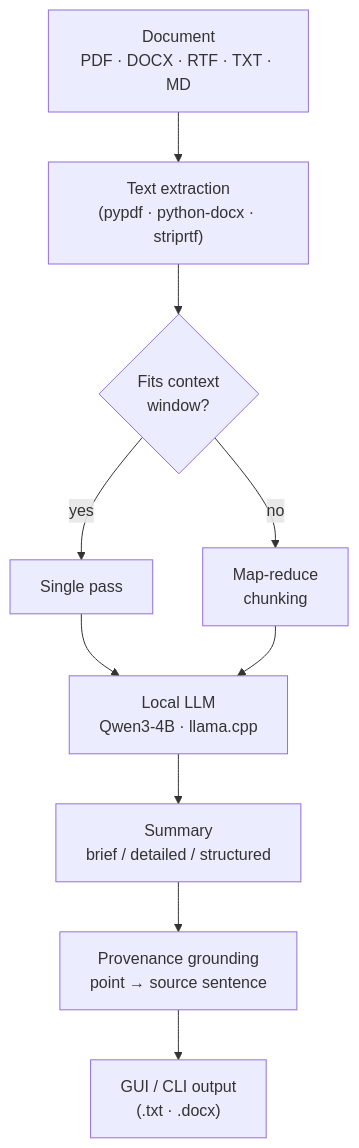
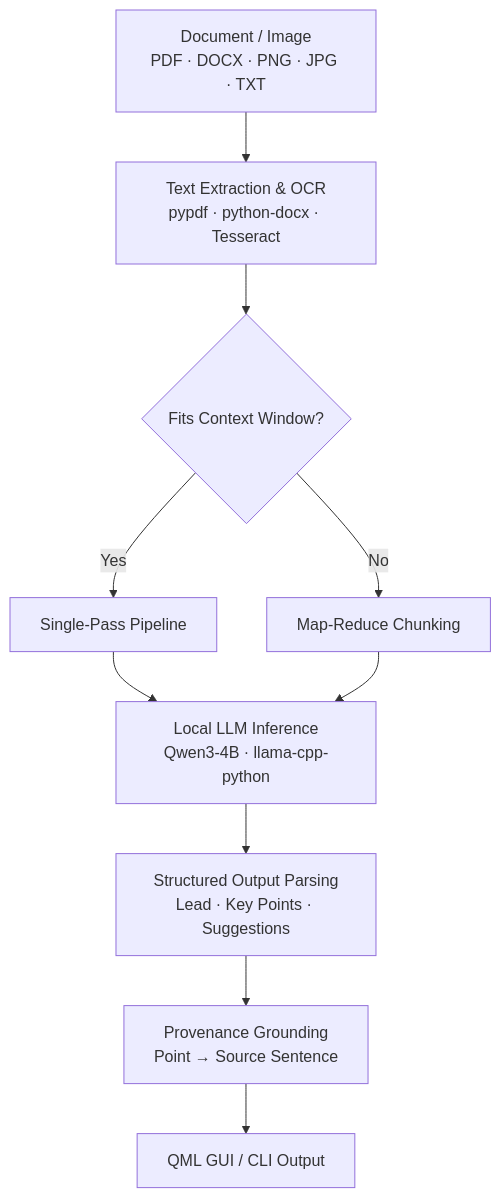
The diagram in README.md (Balaji268268/Document-Analyzer), drawn with Mermaid before and after one commit. The commit also changed other lines of this file and 2 other files, not shown here.

Commit message:
docs: update README and DEVELOPMENT guide with architecture and 200-word approach

````diff
--- a/README.md
+++ b/README.md
@@ -49,12 +69,12 @@
 ```mermaid
 flowchart TD
-    A["Document<br/>PDF · DOCX · RTF · TXT · MD"] --> B["Text extraction<br/>(pypdf · python-docx · striprtf)"]
-    B --> C{"Fits context<br/>window?"}
-    C -- yes --> D["Single pass"]
-    C -- no --> E["Map-reduce<br/>chunking"]
-    D --> F["Local LLM<br/>Qwen3-4B · llama.cpp"]
+    A["Document / Image<br/>PDF · DOCX · PNG · JPG · TXT"] --> B["Text Extraction & OCR<br/>pypdf · python-docx · Tesseract"]
+    B --> C{"Fits Context Window?"}
+    C -- Yes --> D["Single-Pass Pipeline"]
+    C -- No --> E["Map-Reduce Chunking"]
+    D --> F["Local LLM Inference<br/>Qwen3-4B · llama-cpp-python"]
     E --> F
-    F --> G["Summary<br/>brief / detailed / structured"]
-    G --> H["Provenance grounding<br/>point → source sentence"]
-    H --> I["GUI / CLI output<br/>(.txt · .docx)"]
+    F --> G["Structured Output Parsing<br/>Lead · Key Points · Suggestions"]
+    G --> H["Provenance Grounding<br/>Point → Source Sentence"]
+    H --> I["QML GUI / CLI Output"]
 ```
````
